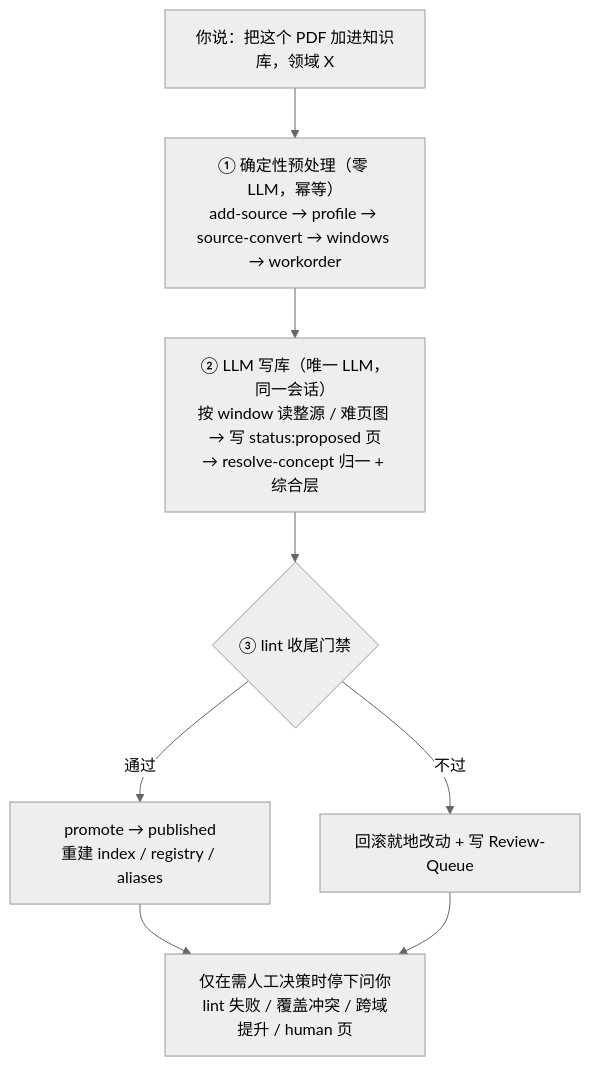
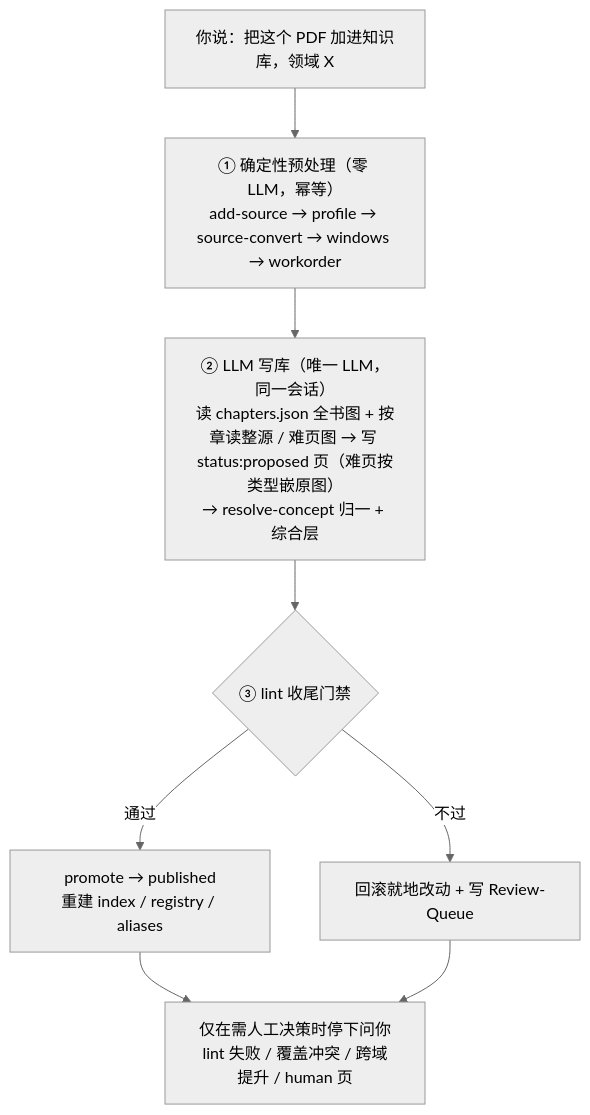
The diagram in README.md (Iabstergo1/pdf-to-study-kb), drawn with Mermaid (neutral theme) before and after one commit. The commit also changed other lines of this file, not shown here.

First line of the commit message:
docs(README): reflect chapters.json, chapter-organized writing, and per-type embed in workflow/architecture/CLI

````diff
--- a/README.md
+++ b/README.md
@@ -135,10 +135,10 @@
 ```mermaid
 flowchart TD
     U["你说：把这个 PDF 加进知识库，领域 X"] --> P["① 确定性预处理（零 LLM，幂等）<br/>add-source → profile → source-convert → windows → workorder"]
-    P --> W["② LLM 写库（唯一 LLM，同一会话）<br/>按 window 读整源 / 难页图 → 写 status:proposed 页<br/>→ resolve-concept 归一 + 综合层"]
+    P --> W["② LLM 写库（唯一 LLM，同一会话）<br/>读 chapters.json 全书图 + 按章读整源 / 难页图 → 写 status:proposed 页（难页按类型嵌原图）<br/>→ resolve-concept 归一 + 综合层"]
     W --> G{"③ lint 收尾门禁"}
     G -->|通过| Pub["promote → published<br/>重建 index / registry / aliases"]
     G -->|不过| RQ["回滚就地改动 + 写 Review-Queue"]
     Pub --> Stop["仅在需人工决策时停下问你<br/>lint 失败 / 覆盖冲突 / 跨域提升 / human 页"]
     RQ --> Stop
 ```
````
